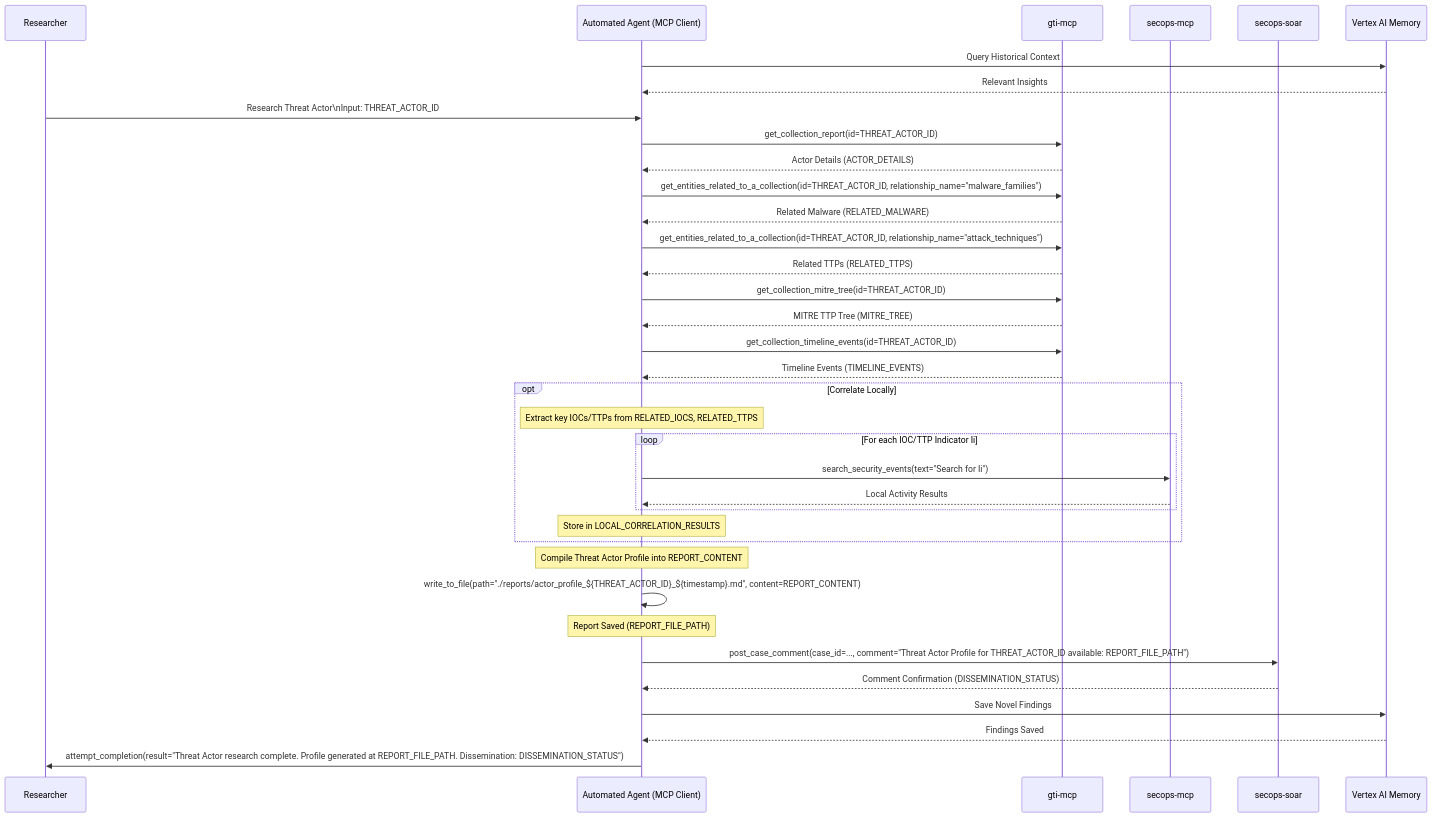
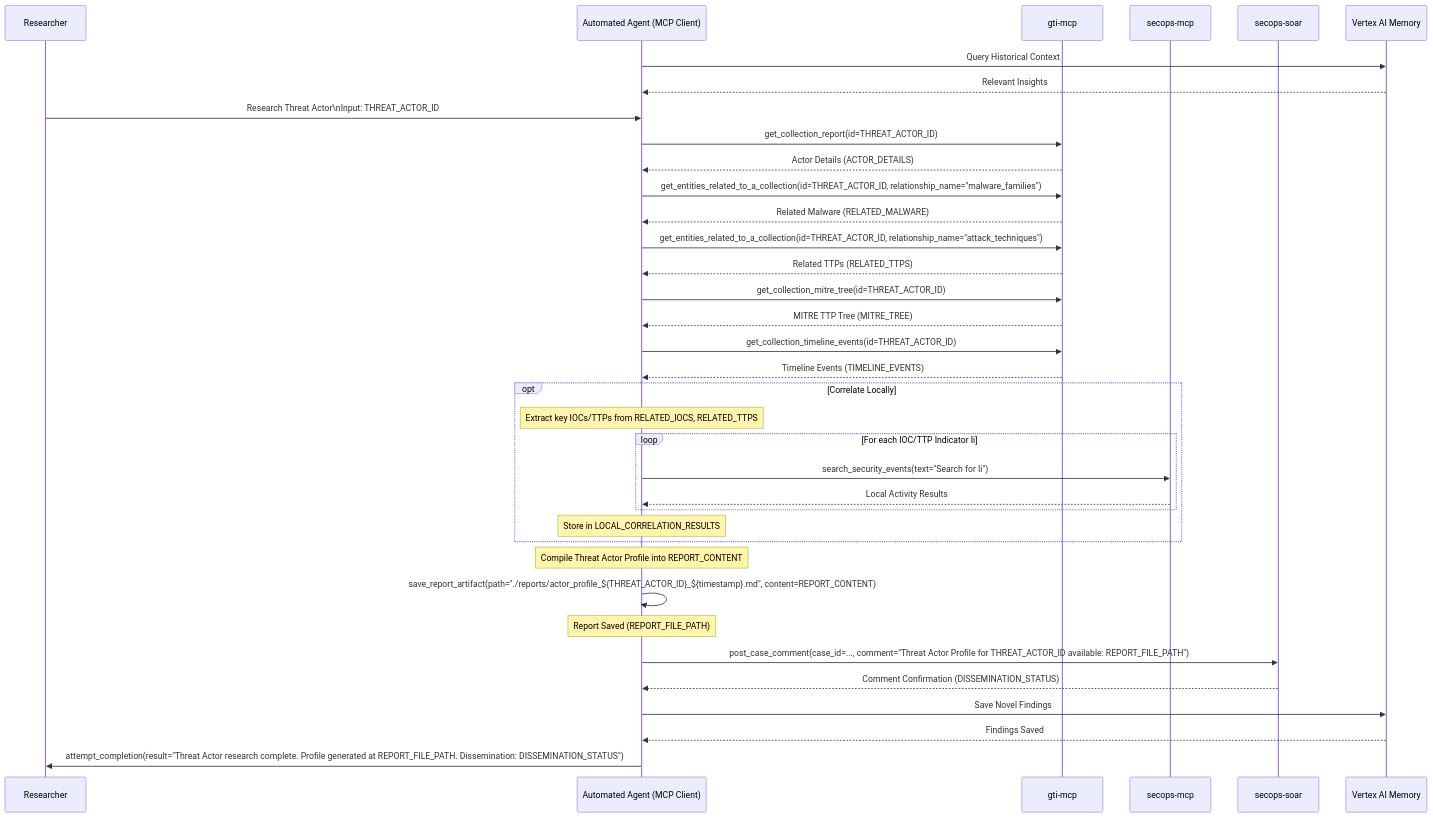
The diagram in rules-bank/run_books/guidelines/threat_intel_workflows.md (dandye/adk_runbooks), drawn with Mermaid before and after one commit. The commit also changed other lines of this file and 109 other files, not shown here.

````diff
--- a/rules-bank/run_books/guidelines/threat_intel_workflows.md
+++ b/rules-bank/run_books/guidelines/threat_intel_workflows.md
@@ -69,60 +73,60 @@
 ```mermaid
 sequenceDiagram
     participant Researcher
     participant AutomatedAgent as Automated Agent (MCP Client)
     participant GTI as gti-mcp
     participant SIEM as secops-mcp
     participant SOAR as secops-soar
     participant Memory as Vertex AI Memory
 
 
     %% Step: Query Memory Context
     AutomatedAgent->>Memory: Query Historical Context
     Memory-->>AutomatedAgent: Relevant Insights
     Researcher->>AutomatedAgent: Research Threat Actor\nInput: THREAT_ACTOR_ID
 
     %% Step 2: Initial GTI Lookup
     AutomatedAgent->>GTI: get_collection_report(id=THREAT_ACTOR_ID)
     GTI-->>AutomatedAgent: Actor Details (ACTOR_DETAILS)
 
     %% Step 3: Explore Relationships
     AutomatedAgent->>GTI: get_entities_related_to_a_collection(id=THREAT_ACTOR_ID, relationship_name="malware_families")
     GTI-->>AutomatedAgent: Related Malware (RELATED_MALWARE)
     AutomatedAgent->>GTI: get_entities_related_to_a_collection(id=THREAT_ACTOR_ID, relationship_name="attack_techniques")
     GTI-->>AutomatedAgent: Related TTPs (RELATED_TTPS)
     %% Add other relationship calls for IOCs, campaigns
 
     %% Step 4: Analyze TTPs
     AutomatedAgent->>GTI: get_collection_mitre_tree(id=THREAT_ACTOR_ID)
     GTI-->>AutomatedAgent: MITRE TTP Tree (MITRE_TREE)
 
     %% Step 5: Review Timelines
     AutomatedAgent->>GTI: get_collection_timeline_events(id=THREAT_ACTOR_ID)
     GTI-->>AutomatedAgent: Timeline Events (TIMELINE_EVENTS)
 
     %% Step 6: Correlate Locally (Optional)
     opt Correlate Locally
         Note over AutomatedAgent: Extract key IOCs/TTPs from RELATED_IOCS, RELATED_TTPS
         loop For each IOC/TTP Indicator Ii
             AutomatedAgent->>SIEM: search_security_events(text="Search for Ii")
             SIEM-->>AutomatedAgent: Local Activity Results
         end
         Note over AutomatedAgent: Store in LOCAL_CORRELATION_RESULTS
     end
 
     %% Step 7: Synthesize & Report
     Note over AutomatedAgent: Compile Threat Actor Profile into REPORT_CONTENT
-    AutomatedAgent->>AutomatedAgent: write_to_file(path="./reports/actor_profile_${THREAT_ACTOR_ID}_${timestamp}.md", content=REPORT_CONTENT)
+    AutomatedAgent->>AutomatedAgent: save_report_artifact(path="./reports/actor_profile_${THREAT_ACTOR_ID}_${timestamp}.md", content=REPORT_CONTENT)
     Note over AutomatedAgent: Report Saved (REPORT_FILE_PATH)
 
     %% Step 8: Disseminate
     AutomatedAgent->>SOAR: post_case_comment(case_id=..., comment="Threat Actor Profile for THREAT_ACTOR_ID available: REPORT_FILE_PATH")
     SOAR-->>AutomatedAgent: Comment Confirmation (DISSEMINATION_STATUS)
 
 
     %% Step: Save Findings to Memory
     AutomatedAgent->>Memory: Save Novel Findings
     Memory-->>AutomatedAgent: Findings Saved
     AutomatedAgent->>Researcher: attempt_completion(result="Threat Actor research complete. Profile generated at REPORT_FILE_PATH. Dissemination: DISSEMINATION_STATUS")
 
 ```
````
